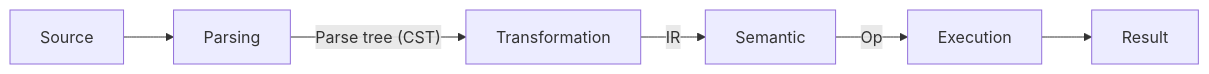
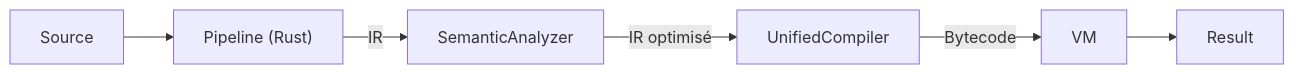
The first of 4 diagrams in docs/dev/ARCHITECTURE.md (aristofor/catnip), drawn with Mermaid before and after one commit. The commit also changed other lines of this file and 729 other files, not shown here.

````diff
--- a/docs/dev/ARCHITECTURE.md
+++ b/docs/dev/ARCHITECTURE.md
@@ -41,8 +41,8 @@
 ```mermaid
 flowchart LR
-    SRC["Source"] --> P["Parsing"]
-    P -- "Parse tree (CST)" --> T["Transformation"]
-    T -- "IR" --> S["Semantic"]
-    S -- "Op" --> E["Execution"]
-    E --> R["Result"]
+    SRC["Source"] --> SP["Pipeline (Rust)"]
+    SP -- "IR" --> SA["SemanticAnalyzer"]
+    SA -- "IR optimisé" --> UC["UnifiedCompiler"]
+    UC -- "Bytecode" --> VM["VM"]
+    VM --> R["Result"]
 ```
````
